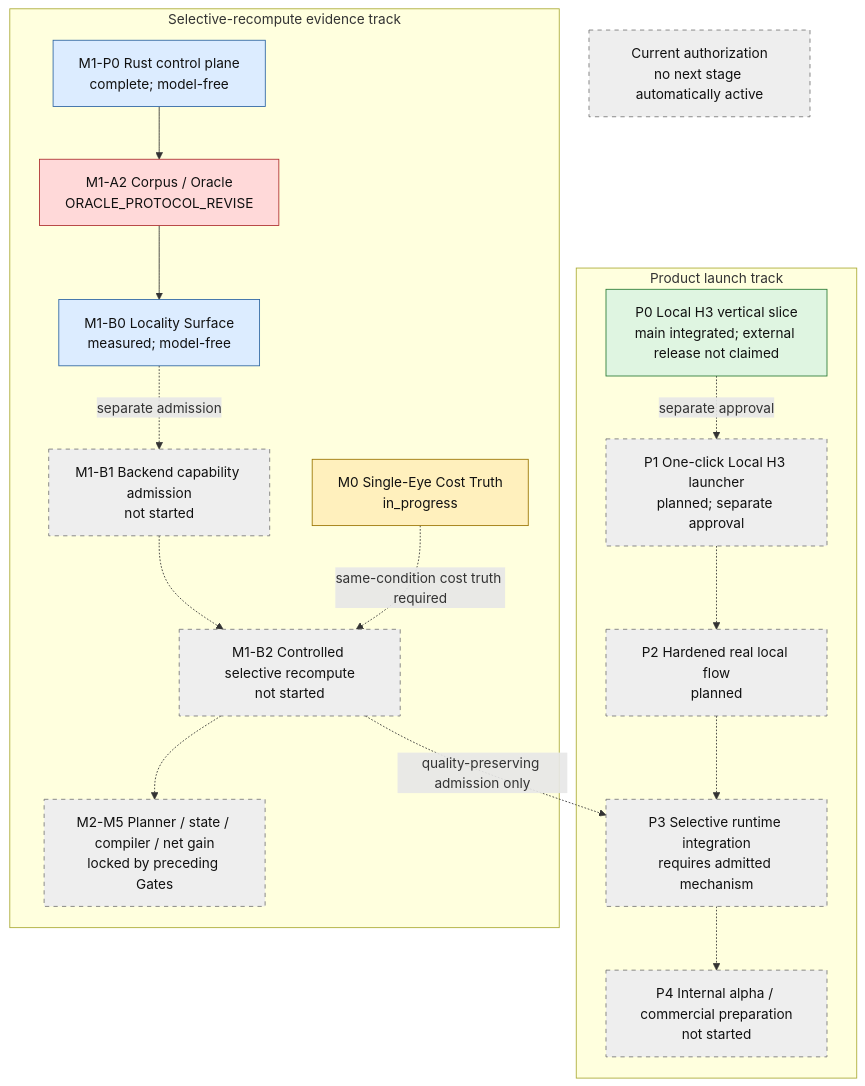
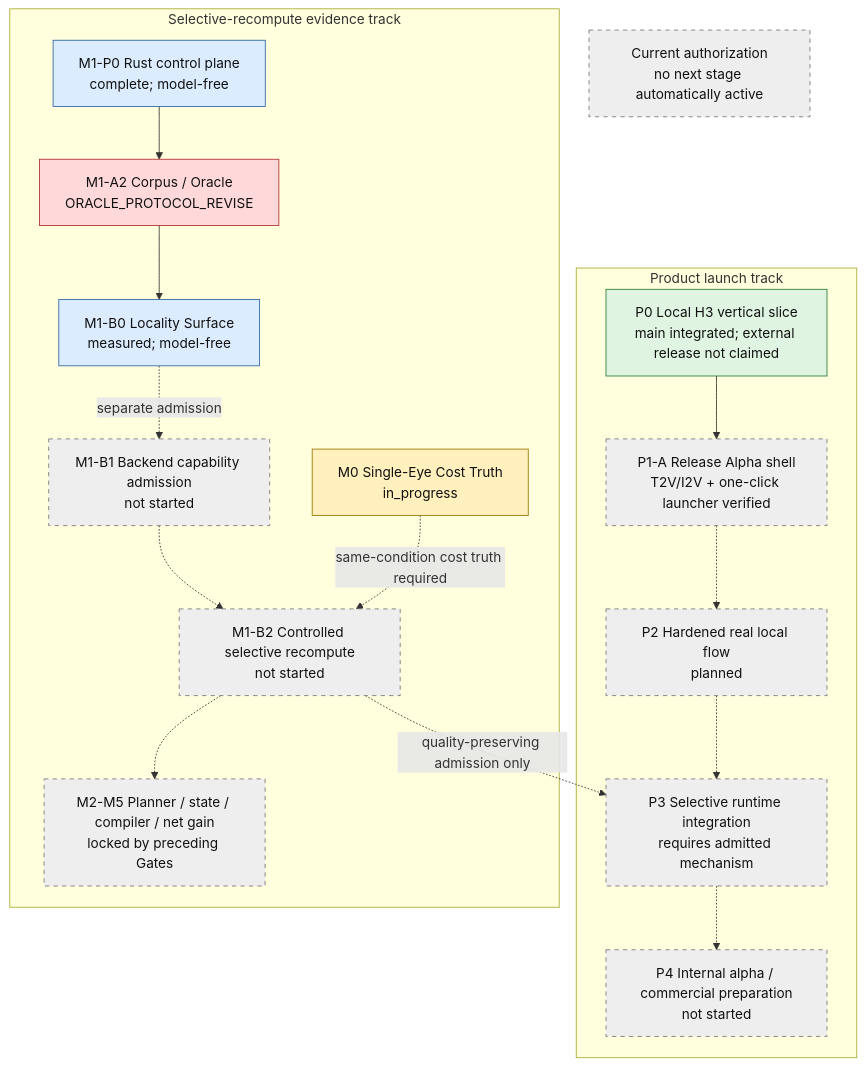
One commit to ksse29077-byte/HIVEFRAME changed the third of 4 diagrams in docs/HIVEFRAME_SYSTEM_MAP.md. Above: the diagram before and after it, drawn with Mermaid. The commit also changed 2 other files, not shown here.

Commit message:
docs(product): record P1-A release alpha evidence

````diff
--- a/docs/HIVEFRAME_SYSTEM_MAP.md
+++ b/docs/HIVEFRAME_SYSTEM_MAP.md
@@ -158,45 +158,45 @@
 ```mermaid
 flowchart TB
     subgraph PRODUCT_ROADMAP["Product launch track"]
         P0["P0 Local H3 vertical slice\nmain integrated; external release not claimed"]
-        P1["P1 One-click Local H3 launcher\nplanned; separate approval"]
+        P1["P1-A Release Alpha shell\nT2V/I2V + one-click launcher verified"]
         P2["P2 Hardened real local flow\nplanned"]
         P3["P3 Selective runtime integration\nrequires admitted mechanism"]
         P4["P4 Internal alpha / commercial preparation\nnot started"]
 
-        P0 -. "separate approval" .-> P1
+        P0 --> P1
         P1 -.-> P2
         P2 -.-> P3
         P3 -.-> P4
     end
 
     subgraph EVIDENCE_ROADMAP["Selective-recompute evidence track"]
         M0["M0 Single-Eye Cost Truth\nin_progress"]
         M1P0["M1-P0 Rust control plane\ncomplete; model-free"]
         M1A2["M1-A2 Corpus / Oracle\nORACLE_PROTOCOL_REVISE"]
         M1B0["M1-B0 Locality Surface\nmeasured; model-free"]
         M1B1["M1-B1 Backend capability admission\nnot started"]
         M1B2["M1-B2 Controlled selective recompute\nnot started"]
         M2M5["M2-M5 Planner / state / compiler / net gain\nlocked by preceding Gates"]
 
         M1P0 --> M1A2 --> M1B0
         M1B0 -. "separate admission" .-> M1B1
         M1B1 -.-> M1B2
         M1B2 -.-> M2M5
         M0 -. "same-condition cost truth required" .-> M1B2
     end
 
     M1B2 -. "quality-preserving admission only" .-> P3
     AUTH["Current authorization\nno next stage automatically active"]
 
     classDef done fill:#dff5e1,stroke:#287a34,color:#111;
     classDef evidence fill:#dcecff,stroke:#2d65a3,color:#111;
     classDef revise fill:#ffd9d9,stroke:#ad2e2e,color:#111;
     classDef active fill:#fff0bd,stroke:#9a7300,color:#111;
     classDef planned fill:#eeeeee,stroke:#777,color:#111,stroke-dasharray: 5 5;
     class P0 done;
     class M1P0,M1B0 evidence;
     class M1A2 revise;
     class M0 active;
     class P1,P2,P3,P4,M1B1,M1B2,M2M5,AUTH planned;
 ```
````
